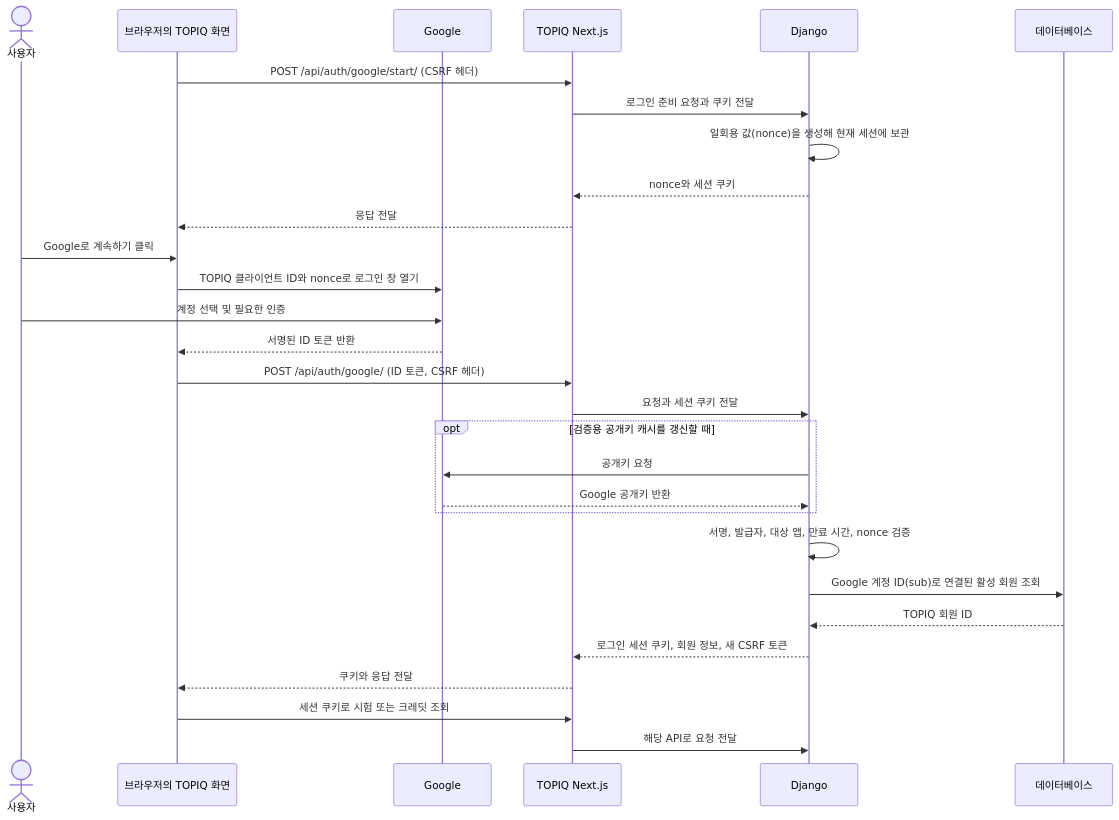
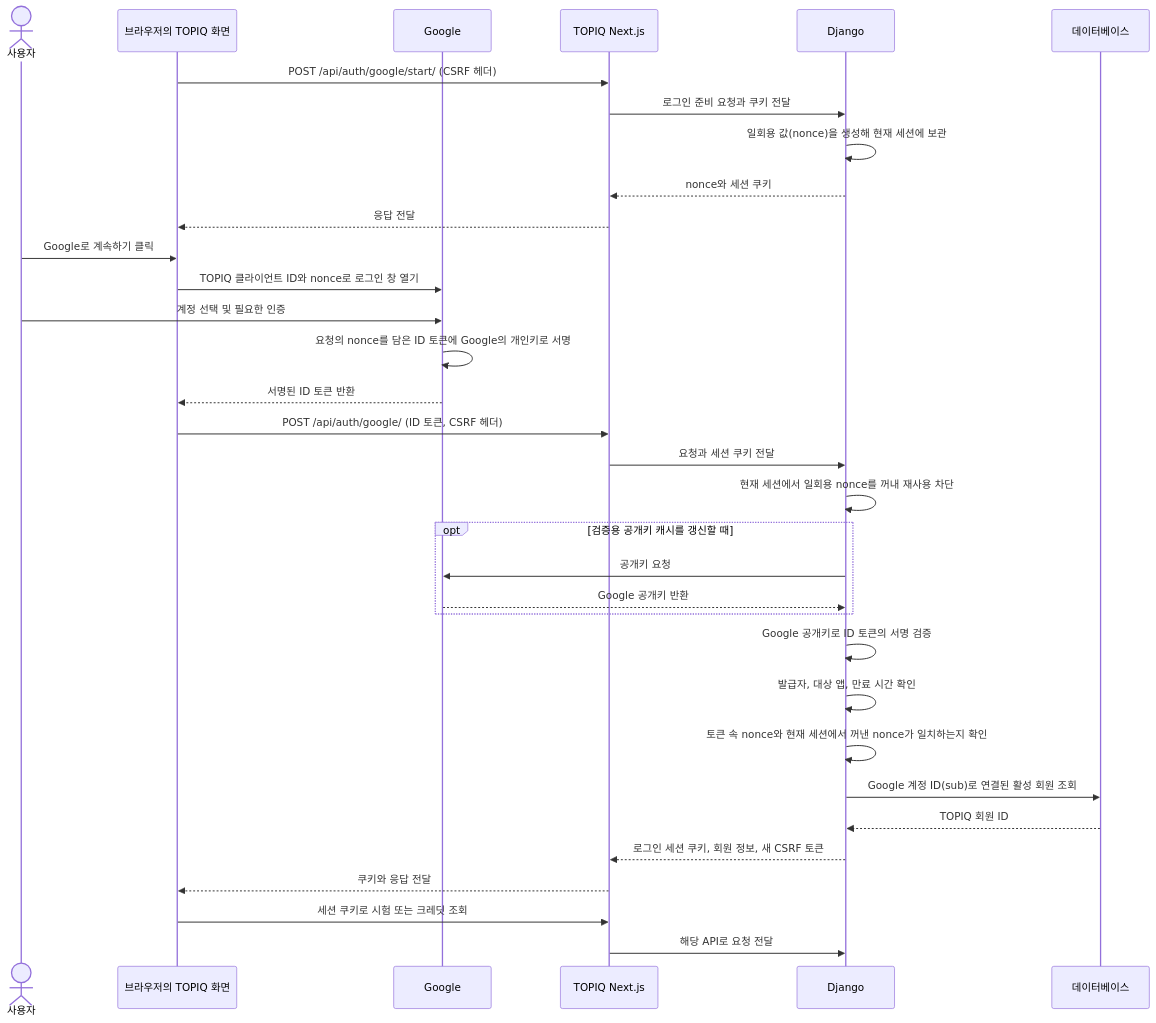
The diagram in docs/google-login-flow.md (OverWindow/UNIGATE-November), drawn with Mermaid before and after one commit. The commit also changed 45 other files, not shown here.

````diff
--- a/docs/google-login-flow.md
+++ b/docs/google-login-flow.md
@@ -5,33 +5,37 @@
 ```mermaid
 sequenceDiagram
     actor U as 사용자
     participant B as 브라우저의 TOPIQ 화면
     participant G as Google
     participant N as TOPIQ Next.js
     participant D as Django
     participant DB as 데이터베이스
 
     B->>N: POST /api/auth/google/start/ (CSRF 헤더)
     N->>D: 로그인 준비 요청과 쿠키 전달
     D->>D: 일회용 값(nonce)을 생성해 현재 세션에 보관
     D-->>N: nonce와 세션 쿠키
     N-->>B: 응답 전달
     U->>B: Google로 계속하기 클릭
     B->>G: TOPIQ 클라이언트 ID와 nonce로 로그인 창 열기
     U->>G: 계정 선택 및 필요한 인증
+    G->>G: 요청의 nonce를 담은 ID 토큰에 Google의 개인키로 서명
     G-->>B: 서명된 ID 토큰 반환
 
     B->>N: POST /api/auth/google/ (ID 토큰, CSRF 헤더)
     N->>D: 요청과 세션 쿠키 전달
+    D->>D: 현재 세션에서 일회용 nonce를 꺼내 재사용 차단
     opt 검증용 공개키 캐시를 갱신할 때
         D->>G: 공개키 요청
         G-->>D: Google 공개키 반환
     end
-    D->>D: 서명, 발급자, 대상 앱, 만료 시간, nonce 검증
+    D->>D: Google 공개키로 ID 토큰의 서명 검증
+    D->>D: 발급자, 대상 앱, 만료 시간 확인
+    D->>D: 토큰 속 nonce와 현재 세션에서 꺼낸 nonce가 일치하는지 확인
     D->>DB: Google 계정 ID(sub)로 연결된 활성 회원 조회
     DB-->>D: TOPIQ 회원 ID
     D-->>N: 로그인 세션 쿠키, 회원 정보, 새 CSRF 토큰
     N-->>B: 쿠키와 응답 전달
     B->>N: 세션 쿠키로 시험 또는 크레딧 조회
     N->>D: 해당 API로 요청 전달
 ```
````
